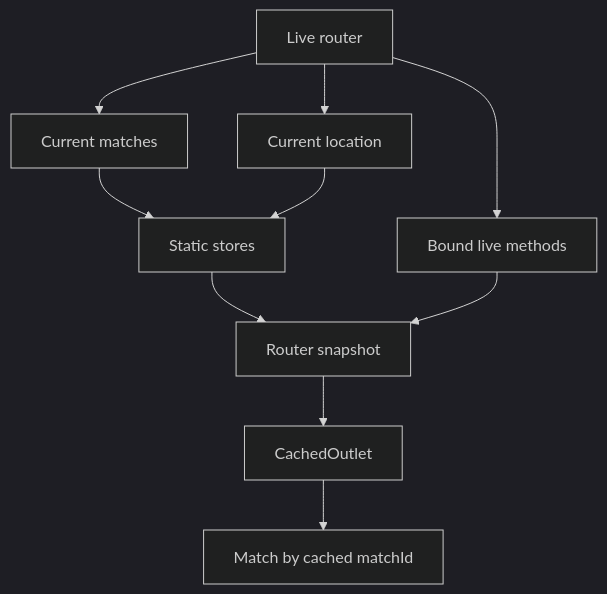
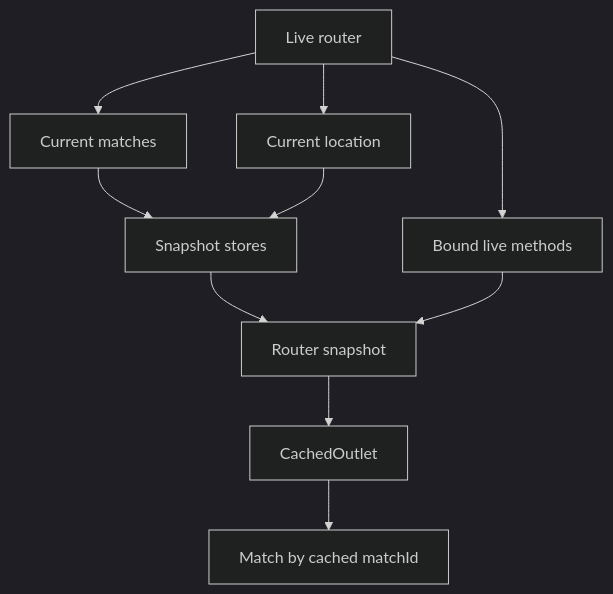
The fifth of 15 diagrams in docs/architecture.md (santiago-ramos-02/tanstack-router-cache), drawn with Mermaid (dark theme) before and after one commit. The commit also changed other lines of this file and 1 other file, not shown here.

Commit message:
Sync cached router snapshots

````diff
--- a/docs/architecture.md
+++ b/docs/architecture.md
@@ -161,21 +161,21 @@
 ```mermaid
 flowchart TD
   liveRouter["Live router"]
   matches["Current matches"]
   location["Current location"]
-  staticStores["Static stores"]
+  snapshotStores["Snapshot stores"]
   liveMethods["Bound live methods"]
   routerSnapshot["Router snapshot"]
   cachedOutlet["CachedOutlet"]
   match["Match by cached matchId"]
 
   liveRouter --> matches
   liveRouter --> location
-  matches --> staticStores
-  location --> staticStores
+  matches --> snapshotStores
+  location --> snapshotStores
   liveRouter --> liveMethods
-  staticStores --> routerSnapshot
+  snapshotStores --> routerSnapshot
   liveMethods --> routerSnapshot
   routerSnapshot --> cachedOutlet
   cachedOutlet --> match
 ```
````
